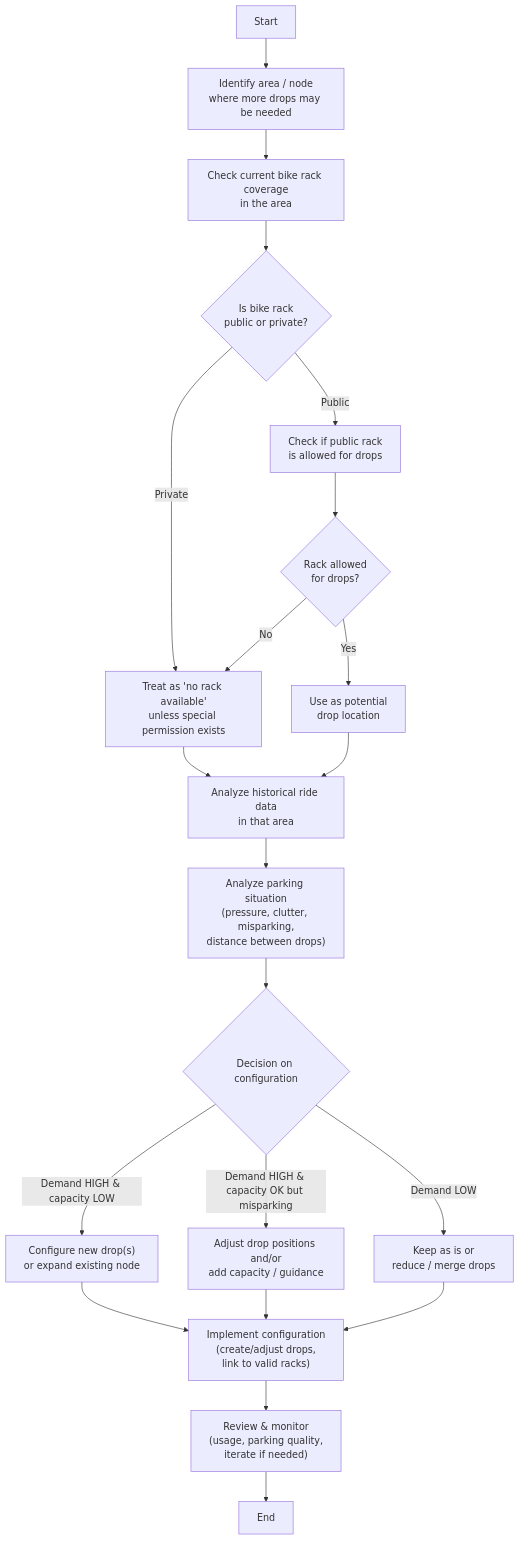
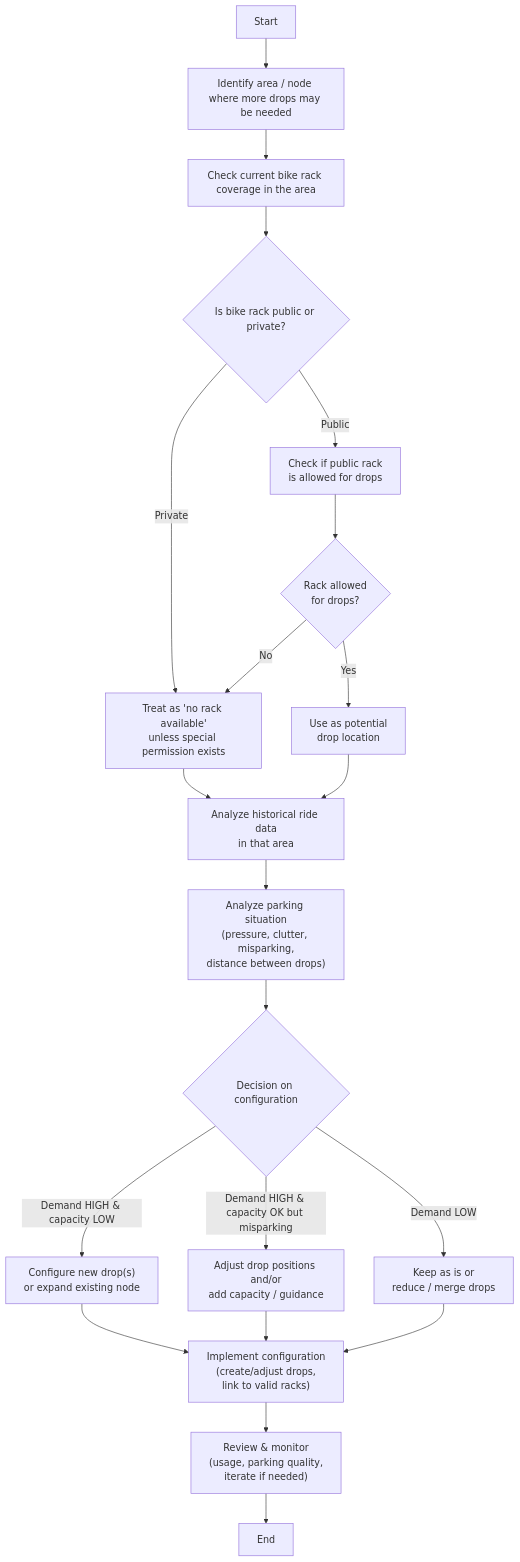
One commit to isthvoi-arch/Node-Coverage changed the diagram in Bike Racks.md. Above: the diagram before and after it, drawn with Mermaid.

Commit message:
Update Bike Racks.md

````diff
--- a/Bike Racks.md
+++ b/Bike Racks.md
@@ -1,35 +1,35 @@
 ```mermaid
 flowchart TD
 
-    A["Start"] --> B["Identify area / node\nwhere more drops may be needed"]
+    A["Start"] --> B["Identify area / node where more drops may be needed"]
 
-    B --> C["Check current bike rack coverage\nin the area"]
+    B --> C["Check current bike rack coverage in the area"]
 
-    C --> D{"Is bike rack\npublic or private?"}
+    C --> D{"Is bike rack public or private?"}
 
     D -->|Public| E["Check if public rack\nis allowed for drops"]
     D -->|Private| F["Treat as 'no rack available'\nunless special permission exists"]
 
     E --> G{"Rack allowed\nfor drops?"}
     G -->|Yes| H["Use as potential\ndrop location"]
     G -->|No| F
 
     F --> I["Analyze historical ride data\nin that area"]
     H --> I
 
     I --> J["Analyze parking situation\n(pressure, clutter, misparking,\ndistance between drops)"]
 
     J --> K{"Decision on configuration"}
 
     K -->|Demand HIGH & capacity LOW| L["Configure new drop(s)\nor expand existing node"]
     K -->|Demand HIGH & capacity OK but misparking| M["Adjust drop positions and/or\nadd capacity / guidance"]
     K -->|Demand LOW| N["Keep as is or\nreduce / merge drops"]
 
     L --> O["Implement configuration\n(create/adjust drops,\nlink to valid racks)"]
     M --> O
     N --> O
 
     O --> P["Review & monitor\n(usage, parking quality,\niterate if needed)"]
 
     P --> Q["End"]
 ```
````
